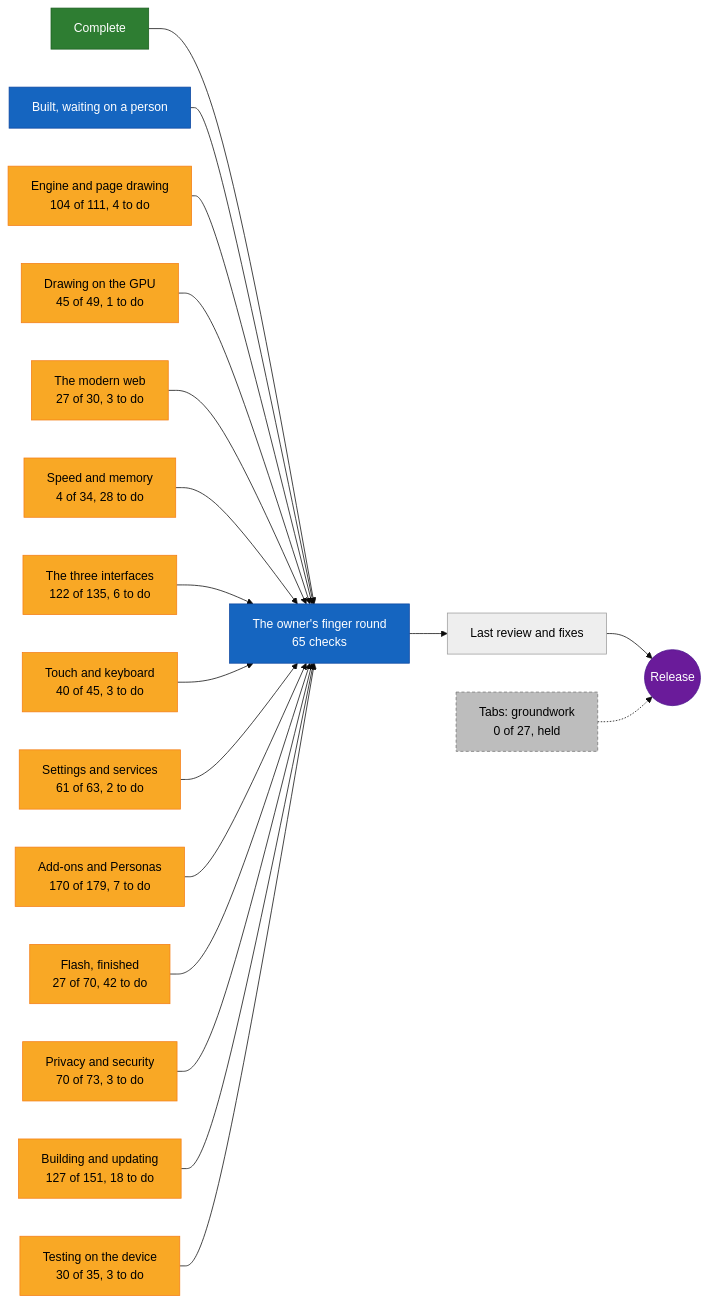
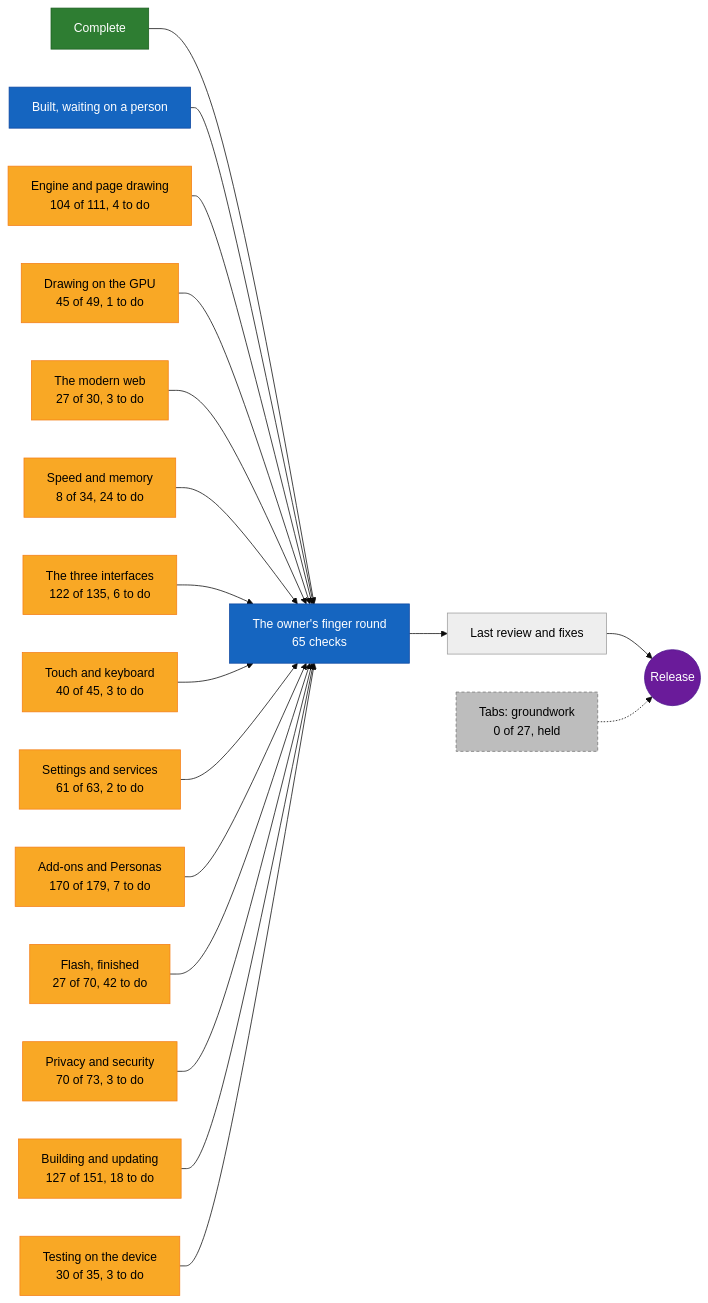
Before and after one commit to NotAlexNoyle/Jihad-Browser: the diagram in README.md, drawn with Mermaid (base theme). The commit also changed other lines of this file and 31 other files, not shown here.

````diff
--- a/README.md
+++ b/README.md
@@ -64,43 +64,43 @@
 ```mermaid
 flowchart LR
   nComplete["Complete<br/>"]:::done
   nWaiting["Built, waiting on a person<br/>"]:::owner
   nWork0["Engine and page drawing<br/>104 of 111, 4 to do"]:::doing
   nWork1["Drawing on the GPU<br/>45 of 49, 1 to do"]:::doing
   nWork2["The modern web<br/>27 of 30, 3 to do"]:::doing
-  nWork3["Speed and memory<br/>4 of 34, 28 to do"]:::doing
+  nWork3["Speed and memory<br/>8 of 34, 24 to do"]:::doing
   nWork4["The three interfaces<br/>122 of 135, 6 to do"]:::doing
   nWork5["Touch and keyboard<br/>40 of 45, 3 to do"]:::doing
   nWork6["Settings and services<br/>61 of 63, 2 to do"]:::doing
   nWork7["Add-ons and Personas<br/>170 of 179, 7 to do"]:::doing
   nWork8["Flash, finished<br/>27 of 70, 42 to do"]:::doing
   nWork9["Privacy and security<br/>70 of 73, 3 to do"]:::doing
   nWork10["Building and updating<br/>127 of 151, 18 to do"]:::doing
   nWork11["Testing on the device<br/>30 of 35, 3 to do"]:::doing
   nFinger["The owner's finger round<br/>65 checks"]:::owner
   nReview["Last review and fixes"]:::todo
   nRelease(("Release")):::goal
   nTabs["Tabs: groundwork<br/>0 of 27, held"]:::held
   nComplete --> nFinger
   nWaiting --> nFinger
   nWork0 --> nFinger
   nWork1 --> nFinger
   nWork2 --> nFinger
   nWork3 --> nFinger
   nWork4 --> nFinger
   nWork5 --> nFinger
   nWork6 --> nFinger
   nWork7 --> nFinger
   nWork8 --> nFinger
   nWork9 --> nFinger
   nWork10 --> nFinger
   nWork11 --> nFinger
   nFinger --> nReview --> nRelease
   nTabs -.-> nRelease
   classDef done fill:#2e7d32,stroke:#1b5e20,color:#ffffff
   classDef doing fill:#f9a825,stroke:#f57f17,color:#000000
   classDef owner fill:#1565c0,stroke:#0d47a1,color:#ffffff
   classDef todo fill:#eeeeee,stroke:#9e9e9e,color:#000000
   classDef held fill:#bdbdbd,stroke:#757575,color:#000000,stroke-dasharray: 4 3
   classDef goal fill:#6a1b9a,stroke:#4a148c,color:#ffffff
 ```
````
